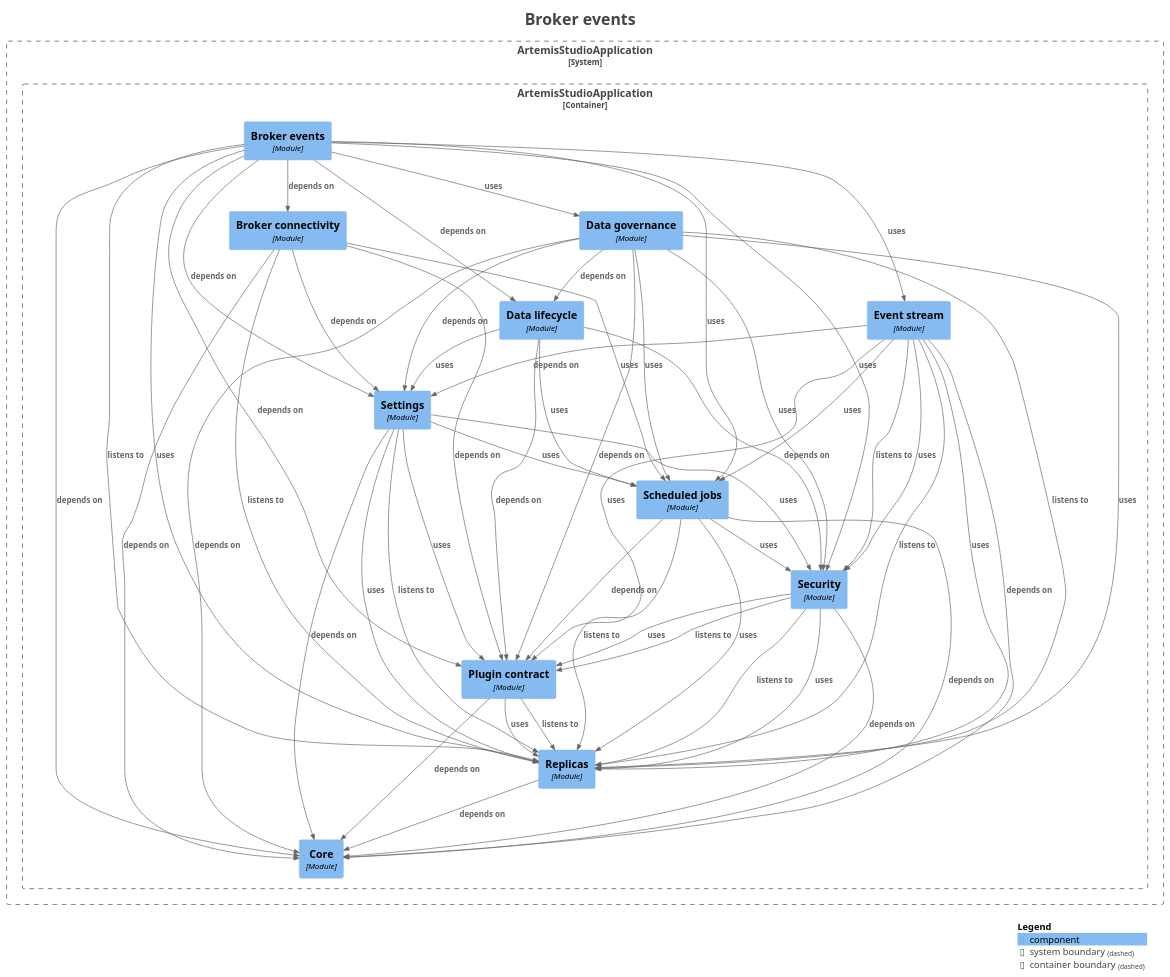
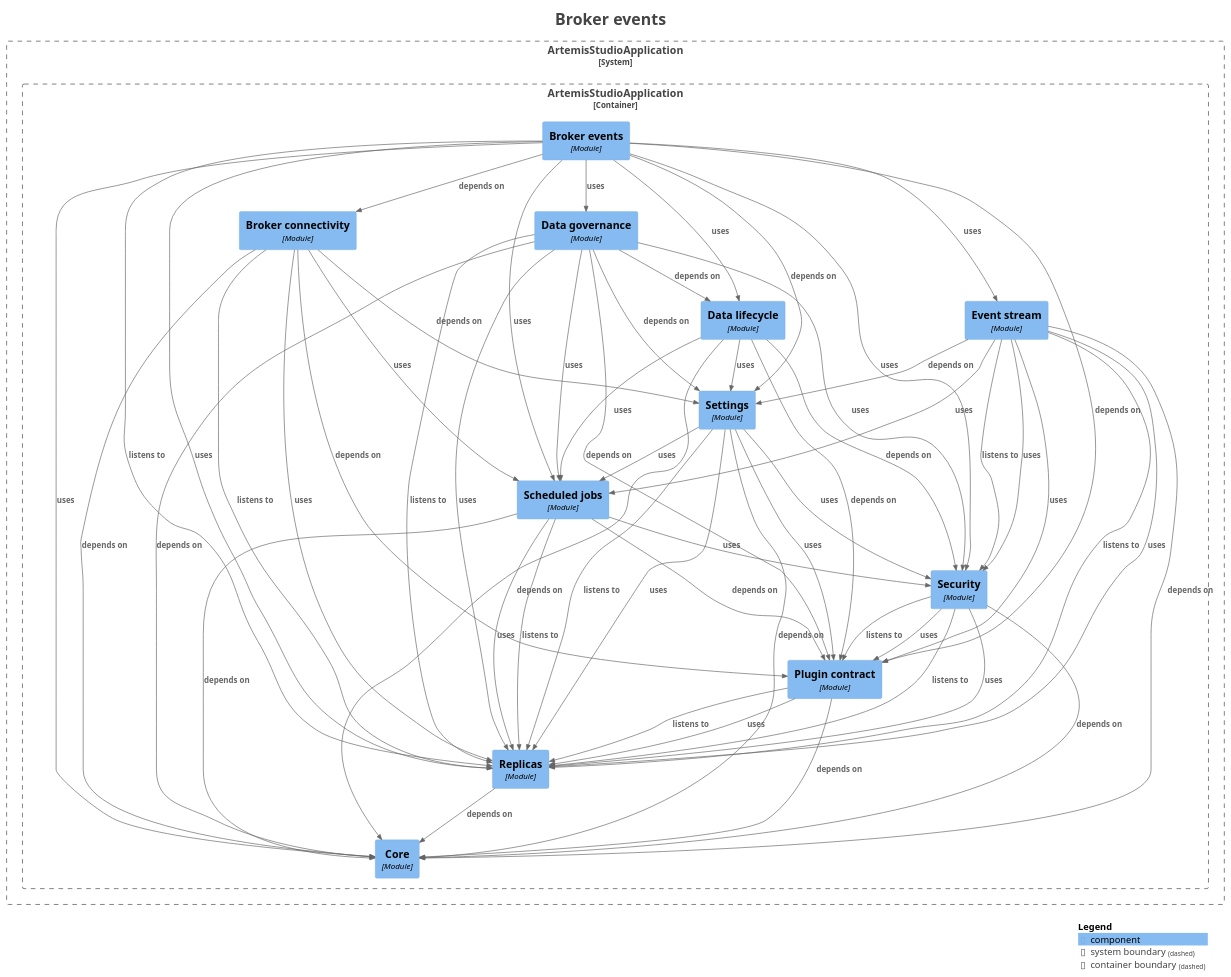
One commit to sudoitir/artemis-studio changed the diagram in docs/modules/module-feature.events.puml. Above: the diagram before and after it, drawn with PlantUML. The commit also changed 498 other files, not shown here.

```diff
--- a/docs/modules/module-feature.events.puml
+++ b/docs/modules/module-feature.events.puml
@@ -1,94 +1,96 @@
 @startuml
 title <size:24>Broker events</size>
 
 set separator none
 top to bottom direction
 
 <style>
   root {
     BackgroundColor: #ffffff
     FontColor: #444444
   }
 </style>
 
 !include <C4/C4>
 !include <C4/C4_Context>
 !include <C4/C4_Component>
 
 System_Boundary("ArtemisStudioApplication_boundary", "ArtemisStudioApplication", $tags="") {
   Container_Boundary("ArtemisStudioApplication.ArtemisStudioApplication_boundary", "ArtemisStudioApplication", $tags="") {
     Component(ArtemisStudioApplication.ArtemisStudioApplication.Brokerconnectivity, "Broker connectivity", $techn="Module", $descr="", $tags="", $link="")
     Component(ArtemisStudioApplication.ArtemisStudioApplication.Brokerevents, "Broker events", $techn="Module", $descr="", $tags="", $link="")
     Component(ArtemisStudioApplication.ArtemisStudioApplication.Core, "Core", $techn="Module", $descr="", $tags="", $link="")
     Component(ArtemisStudioApplication.ArtemisStudioApplication.Datagovernance, "Data governance", $techn="Module", $descr="", $tags="", $link="")
     Component(ArtemisStudioApplication.ArtemisStudioApplication.Datalifecycle, "Data lifecycle", $techn="Module", $descr="", $tags="", $link="")
     Component(ArtemisStudioApplication.ArtemisStudioApplication.Eventstream, "Event stream", $techn="Module", $descr="", $tags="", $link="")
     Component(ArtemisStudioApplication.ArtemisStudioApplication.Plugincontract, "Plugin contract", $techn="Module", $descr="", $tags="", $link="")
     Component(ArtemisStudioApplication.ArtemisStudioApplication.Replicas, "Replicas", $techn="Module", $descr="", $tags="", $link="")
     Component(ArtemisStudioApplication.ArtemisStudioApplication.Scheduledjobs, "Scheduled jobs", $techn="Module", $descr="", $tags="", $link="")
     Component(ArtemisStudioApplication.ArtemisStudioApplication.Security, "Security", $techn="Module", $descr="", $tags="", $link="")
     Component(ArtemisStudioApplication.ArtemisStudioApplication.Settings, "Settings", $techn="Module", $descr="", $tags="", $link="")
   }
 
 }
 
 Rel(ArtemisStudioApplication.ArtemisStudioApplication.Brokerconnectivity, ArtemisStudioApplication.ArtemisStudioApplication.Core, "depends on", $techn="", $tags="", $link="")
 Rel(ArtemisStudioApplication.ArtemisStudioApplication.Brokerconnectivity, ArtemisStudioApplication.ArtemisStudioApplication.Plugincontract, "depends on", $techn="", $tags="", $link="")
 Rel(ArtemisStudioApplication.ArtemisStudioApplication.Brokerconnectivity, ArtemisStudioApplication.ArtemisStudioApplication.Replicas, "listens to", $techn="", $tags="", $link="")
+Rel(ArtemisStudioApplication.ArtemisStudioApplication.Brokerconnectivity, ArtemisStudioApplication.ArtemisStudioApplication.Replicas, "uses", $techn="", $tags="", $link="")
 Rel(ArtemisStudioApplication.ArtemisStudioApplication.Brokerconnectivity, ArtemisStudioApplication.ArtemisStudioApplication.Scheduledjobs, "uses", $techn="", $tags="", $link="")
 Rel(ArtemisStudioApplication.ArtemisStudioApplication.Brokerconnectivity, ArtemisStudioApplication.ArtemisStudioApplication.Settings, "depends on", $techn="", $tags="", $link="")
 Rel(ArtemisStudioApplication.ArtemisStudioApplication.Brokerevents, ArtemisStudioApplication.ArtemisStudioApplication.Brokerconnectivity, "depends on", $techn="", $tags="", $link="")
-Rel(ArtemisStudioApplication.ArtemisStudioApplication.Brokerevents, ArtemisStudioApplication.ArtemisStudioApplication.Core, "depends on", $techn="", $tags="", $link="")
+Rel(ArtemisStudioApplication.ArtemisStudioApplication.Brokerevents, ArtemisStudioApplication.ArtemisStudioApplication.Core, "uses", $techn="", $tags="", $link="")
 Rel(ArtemisStudioApplication.ArtemisStudioApplication.Brokerevents, ArtemisStudioApplication.ArtemisStudioApplication.Datagovernance, "uses", $techn="", $tags="", $link="")
-Rel(ArtemisStudioApplication.ArtemisStudioApplication.Brokerevents, ArtemisStudioApplication.ArtemisStudioApplication.Datalifecycle, "depends on", $techn="", $tags="", $link="")
+Rel(ArtemisStudioApplication.ArtemisStudioApplication.Brokerevents, ArtemisStudioApplication.ArtemisStudioApplication.Datalifecycle, "uses", $techn="", $tags="", $link="")
 Rel(ArtemisStudioApplication.ArtemisStudioApplication.Brokerevents, ArtemisStudioApplication.ArtemisStudioApplication.Eventstream, "uses", $techn="", $tags="", $link="")
 Rel(ArtemisStudioApplication.ArtemisStudioApplication.Brokerevents, ArtemisStudioApplication.ArtemisStudioApplication.Plugincontract, "depends on", $techn="", $tags="", $link="")
 Rel(ArtemisStudioApplication.ArtemisStudioApplication.Brokerevents, ArtemisStudioApplication.ArtemisStudioApplication.Replicas, "listens to", $techn="", $tags="", $link="")
 Rel(ArtemisStudioApplication.ArtemisStudioApplication.Brokerevents, ArtemisStudioApplication.ArtemisStudioApplication.Replicas, "uses", $techn="", $tags="", $link="")
 Rel(ArtemisStudioApplication.ArtemisStudioApplication.Brokerevents, ArtemisStudioApplication.ArtemisStudioApplication.Scheduledjobs, "uses", $techn="", $tags="", $link="")
 Rel(ArtemisStudioApplication.ArtemisStudioApplication.Brokerevents, ArtemisStudioApplication.ArtemisStudioApplication.Security, "uses", $techn="", $tags="", $link="")
 Rel(ArtemisStudioApplication.ArtemisStudioApplication.Brokerevents, ArtemisStudioApplication.ArtemisStudioApplication.Settings, "depends on", $techn="", $tags="", $link="")
 Rel(ArtemisStudioApplication.ArtemisStudioApplication.Datagovernance, ArtemisStudioApplication.ArtemisStudioApplication.Core, "depends on", $techn="", $tags="", $link="")
 Rel(ArtemisStudioApplication.ArtemisStudioApplication.Datagovernance, ArtemisStudioApplication.ArtemisStudioApplication.Datalifecycle, "depends on", $techn="", $tags="", $link="")
 Rel(ArtemisStudioApplication.ArtemisStudioApplication.Datagovernance, ArtemisStudioApplication.ArtemisStudioApplication.Plugincontract, "depends on", $techn="", $tags="", $link="")
 Rel(ArtemisStudioApplication.ArtemisStudioApplication.Datagovernance, ArtemisStudioApplication.ArtemisStudioApplication.Replicas, "listens to", $techn="", $tags="", $link="")
 Rel(ArtemisStudioApplication.ArtemisStudioApplication.Datagovernance, ArtemisStudioApplication.ArtemisStudioApplication.Replicas, "uses", $techn="", $tags="", $link="")
 Rel(ArtemisStudioApplication.ArtemisStudioApplication.Datagovernance, ArtemisStudioApplication.ArtemisStudioApplication.Scheduledjobs, "uses", $techn="", $tags="", $link="")
 Rel(ArtemisStudioApplication.ArtemisStudioApplication.Datagovernance, ArtemisStudioApplication.ArtemisStudioApplication.Security, "uses", $techn="", $tags="", $link="")
 Rel(ArtemisStudioApplication.ArtemisStudioApplication.Datagovernance, ArtemisStudioApplication.ArtemisStudioApplication.Settings, "depends on", $techn="", $tags="", $link="")
+Rel(ArtemisStudioApplication.ArtemisStudioApplication.Datalifecycle, ArtemisStudioApplication.ArtemisStudioApplication.Core, "depends on", $techn="", $tags="", $link="")
 Rel(ArtemisStudioApplication.ArtemisStudioApplication.Datalifecycle, ArtemisStudioApplication.ArtemisStudioApplication.Plugincontract, "depends on", $techn="", $tags="", $link="")
 Rel(ArtemisStudioApplication.ArtemisStudioApplication.Datalifecycle, ArtemisStudioApplication.ArtemisStudioApplication.Scheduledjobs, "uses", $techn="", $tags="", $link="")
 Rel(ArtemisStudioApplication.ArtemisStudioApplication.Datalifecycle, ArtemisStudioApplication.ArtemisStudioApplication.Security, "depends on", $techn="", $tags="", $link="")
 Rel(ArtemisStudioApplication.ArtemisStudioApplication.Datalifecycle, ArtemisStudioApplication.ArtemisStudioApplication.Settings, "uses", $techn="", $tags="", $link="")
 Rel(ArtemisStudioApplication.ArtemisStudioApplication.Eventstream, ArtemisStudioApplication.ArtemisStudioApplication.Core, "depends on", $techn="", $tags="", $link="")
 Rel(ArtemisStudioApplication.ArtemisStudioApplication.Eventstream, ArtemisStudioApplication.ArtemisStudioApplication.Plugincontract, "uses", $techn="", $tags="", $link="")
 Rel(ArtemisStudioApplication.ArtemisStudioApplication.Eventstream, ArtemisStudioApplication.ArtemisStudioApplication.Replicas, "listens to", $techn="", $tags="", $link="")
 Rel(ArtemisStudioApplication.ArtemisStudioApplication.Eventstream, ArtemisStudioApplication.ArtemisStudioApplication.Replicas, "uses", $techn="", $tags="", $link="")
 Rel(ArtemisStudioApplication.ArtemisStudioApplication.Eventstream, ArtemisStudioApplication.ArtemisStudioApplication.Scheduledjobs, "uses", $techn="", $tags="", $link="")
 Rel(ArtemisStudioApplication.ArtemisStudioApplication.Eventstream, ArtemisStudioApplication.ArtemisStudioApplication.Security, "listens to", $techn="", $tags="", $link="")
 Rel(ArtemisStudioApplication.ArtemisStudioApplication.Eventstream, ArtemisStudioApplication.ArtemisStudioApplication.Security, "uses", $techn="", $tags="", $link="")
 Rel(ArtemisStudioApplication.ArtemisStudioApplication.Eventstream, ArtemisStudioApplication.ArtemisStudioApplication.Settings, "depends on", $techn="", $tags="", $link="")
 Rel(ArtemisStudioApplication.ArtemisStudioApplication.Plugincontract, ArtemisStudioApplication.ArtemisStudioApplication.Core, "depends on", $techn="", $tags="", $link="")
 Rel(ArtemisStudioApplication.ArtemisStudioApplication.Plugincontract, ArtemisStudioApplication.ArtemisStudioApplication.Replicas, "listens to", $techn="", $tags="", $link="")
 Rel(ArtemisStudioApplication.ArtemisStudioApplication.Plugincontract, ArtemisStudioApplication.ArtemisStudioApplication.Replicas, "uses", $techn="", $tags="", $link="")
 Rel(ArtemisStudioApplication.ArtemisStudioApplication.Replicas, ArtemisStudioApplication.ArtemisStudioApplication.Core, "depends on", $techn="", $tags="", $link="")
 Rel(ArtemisStudioApplication.ArtemisStudioApplication.Scheduledjobs, ArtemisStudioApplication.ArtemisStudioApplication.Core, "depends on", $techn="", $tags="", $link="")
 Rel(ArtemisStudioApplication.ArtemisStudioApplication.Scheduledjobs, ArtemisStudioApplication.ArtemisStudioApplication.Plugincontract, "depends on", $techn="", $tags="", $link="")
 Rel(ArtemisStudioApplication.ArtemisStudioApplication.Scheduledjobs, ArtemisStudioApplication.ArtemisStudioApplication.Replicas, "listens to", $techn="", $tags="", $link="")
 Rel(ArtemisStudioApplication.ArtemisStudioApplication.Scheduledjobs, ArtemisStudioApplication.ArtemisStudioApplication.Replicas, "uses", $techn="", $tags="", $link="")
 Rel(ArtemisStudioApplication.ArtemisStudioApplication.Scheduledjobs, ArtemisStudioApplication.ArtemisStudioApplication.Security, "uses", $techn="", $tags="", $link="")
 Rel(ArtemisStudioApplication.ArtemisStudioApplication.Security, ArtemisStudioApplication.ArtemisStudioApplication.Core, "depends on", $techn="", $tags="", $link="")
 Rel(ArtemisStudioApplication.ArtemisStudioApplication.Security, ArtemisStudioApplication.ArtemisStudioApplication.Plugincontract, "listens to", $techn="", $tags="", $link="")
 Rel(ArtemisStudioApplication.ArtemisStudioApplication.Security, ArtemisStudioApplication.ArtemisStudioApplication.Plugincontract, "uses", $techn="", $tags="", $link="")
 Rel(ArtemisStudioApplication.ArtemisStudioApplication.Security, ArtemisStudioApplication.ArtemisStudioApplication.Replicas, "listens to", $techn="", $tags="", $link="")
 Rel(ArtemisStudioApplication.ArtemisStudioApplication.Security, ArtemisStudioApplication.ArtemisStudioApplication.Replicas, "uses", $techn="", $tags="", $link="")
 Rel(ArtemisStudioApplication.ArtemisStudioApplication.Settings, ArtemisStudioApplication.ArtemisStudioApplication.Core, "depends on", $techn="", $tags="", $link="")
 Rel(ArtemisStudioApplication.ArtemisStudioApplication.Settings, ArtemisStudioApplication.ArtemisStudioApplication.Plugincontract, "uses", $techn="", $tags="", $link="")
 Rel(ArtemisStudioApplication.ArtemisStudioApplication.Settings, ArtemisStudioApplication.ArtemisStudioApplication.Replicas, "listens to", $techn="", $tags="", $link="")
 Rel(ArtemisStudioApplication.ArtemisStudioApplication.Settings, ArtemisStudioApplication.ArtemisStudioApplication.Replicas, "uses", $techn="", $tags="", $link="")
 Rel(ArtemisStudioApplication.ArtemisStudioApplication.Settings, ArtemisStudioApplication.ArtemisStudioApplication.Scheduledjobs, "uses", $techn="", $tags="", $link="")
 Rel(ArtemisStudioApplication.ArtemisStudioApplication.Settings, ArtemisStudioApplication.ArtemisStudioApplication.Security, "uses", $techn="", $tags="", $link="")
 
 SHOW_LEGEND(true)
 hide stereotypes
 @enduml
```
